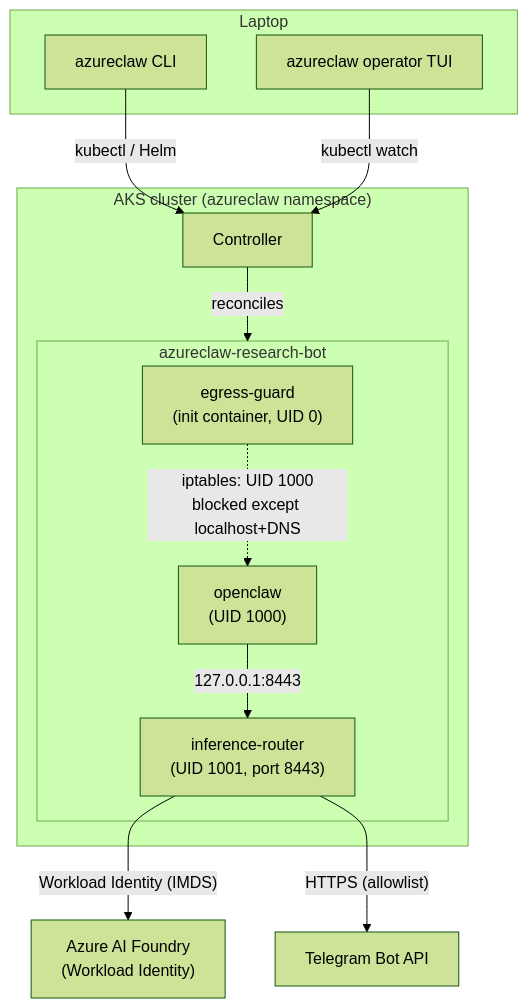
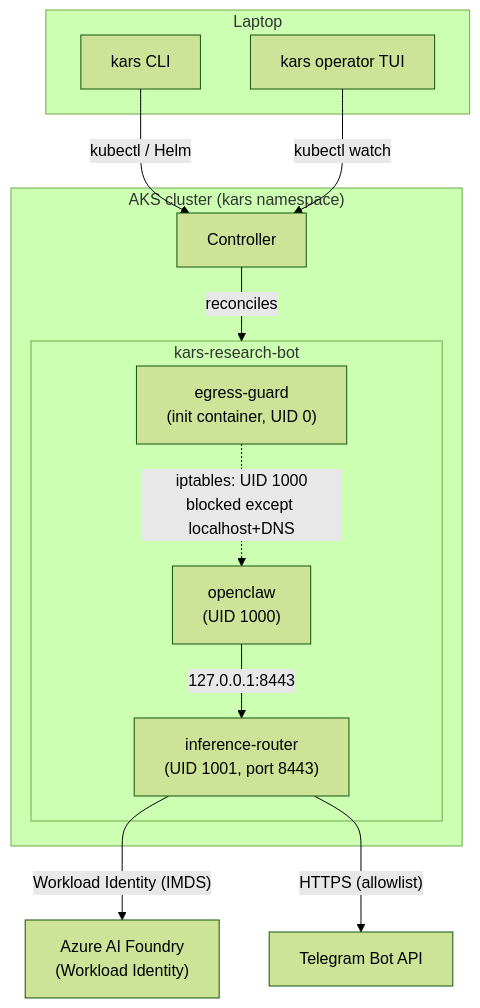
One commit to lachie83/kars changed the first of 6 diagrams in docs/use-cases.md. Above: the diagram before and after it, drawn with Mermaid (forest theme). The commit also changed other lines of this file and 694 other files, not shown here.

````diff
--- a/docs/use-cases.md
+++ b/docs/use-cases.md
@@ -37,25 +37,25 @@
 ```mermaid
 graph TD
     subgraph Laptop
-        CLI[azureclaw CLI]
-        TUI[azureclaw operator TUI]
+        CLI[kars CLI]
+        TUI[kars operator TUI]
     end
-    subgraph AKS["AKS cluster (azureclaw namespace)"]
+    subgraph AKS["AKS cluster (kars namespace)"]
         CTRL[Controller]
-        subgraph NS["azureclaw-research-bot"]
+        subgraph NS["kars-research-bot"]
             EG["egress-guard<br/>(init container, UID 0)"]
             OC["openclaw<br/>(UID 1000)"]
             IR["inference-router<br/>(UID 1001, port 8443)"]
         end
     end
     Foundry["Azure AI Foundry<br/>(Workload Identity)"]
     Telegram[Telegram Bot API]
 
     CLI -->|kubectl / Helm| CTRL
     CTRL -->|reconciles| NS
     OC -->|"127.0.0.1:8443"| IR
     IR -->|"Workload Identity (IMDS)"| Foundry
     IR -->|"HTTPS (allowlist)"| Telegram
     EG -.->|"iptables: UID 1000<br/>blocked except localhost+DNS"| OC
     TUI -->|kubectl watch| CTRL
 ```
````
